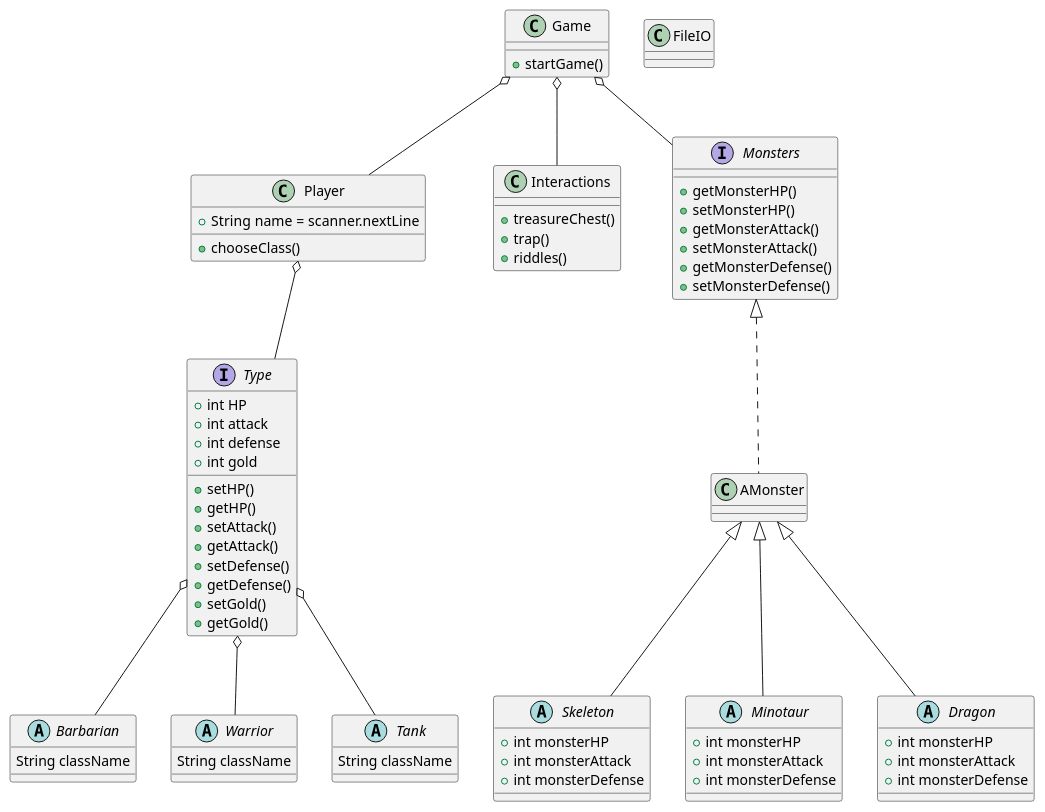
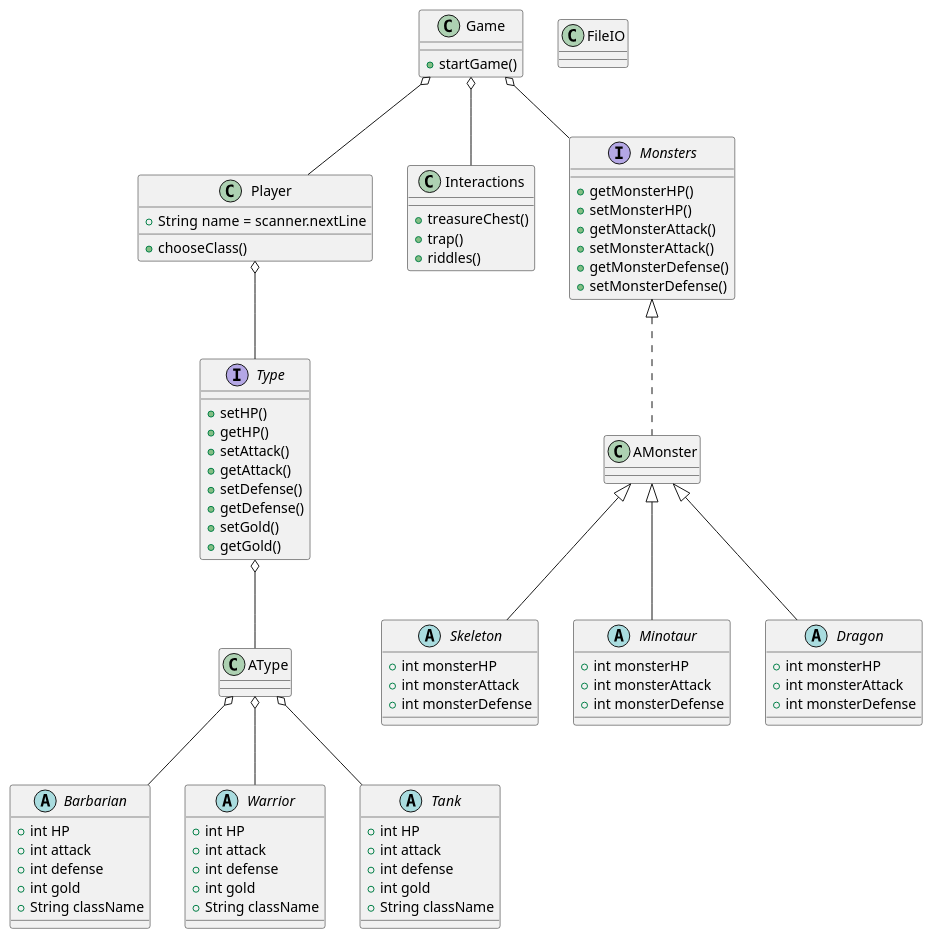
One commit to Berry1196/DungeonCrawler changed the diagram in src/diagrams/ClassDiagram.puml. Above: the diagram before and after it, drawn with PlantUML. The commit also changed 5 other files, not shown here.

```diff
--- a/src/diagrams/ClassDiagram.puml
+++ b/src/diagrams/ClassDiagram.puml
@@ -1,92 +1,106 @@
 @startuml
 
 Class Game {
 +startGame()
 }
 
 Game o-- Player
 Class Player {
 + String name = scanner.nextLine
 + chooseClass()
 }
 
 Class FileIO {
 }
 Player o-- Type
 Interface Type {
-+ int HP
-+ int attack
-+ int defense
-+ int gold
 +setHP()
 +getHP()
 +setAttack()
 +getAttack()
 +setDefense()
 +getDefense()
 +setGold()
 +getGold()
 }
-Type o-- Barbarian
- abstract Class Barbarian {
-String className
+
+Type o-- AType
+Class AType {
 
 }
 
-Type o-- Warrior
- abstract Class Warrior {
-String className
+AType o-- Barbarian
+ abstract Class Barbarian {
++ int HP
++ int attack
++ int defense
++ int gold
++ String className
+
 }
 
-Type o-- Tank
+AType o-- Warrior
+ abstract Class Warrior {
++ int HP
++ int attack
++ int defense
++ int gold
++ String className
+}
+
+AType o-- Tank
  abstract Class Tank {
-String className
++ int HP
++ int attack
++ int defense
++ int gold
++ String className
 }
 
 Game o-- Interactions
 Class Interactions {
 +treasureChest()
 +trap()
 +riddles()
 }
 
 
 'Class Stages{
 'stageOne()
 'stageTwo()
 'stageThree()
 
 Game o-- Monsters
 interface Monsters {
 +getMonsterHP()
 +setMonsterHP()
 +getMonsterAttack()
 +setMonsterAttack()
 +getMonsterDefense()
 +setMonsterDefense()
 }
 Class AMonster implements Monsters{
 
 }
  AMonster <|-- Skeleton
 abstract Class Skeleton {
 +int monsterHP
 +int monsterAttack
 +int monsterDefense
 }
 AMonster <|-- Minotaur
  abstract class Minotaur {
 +int monsterHP
 +int monsterAttack
 +int monsterDefense
 }
 AMonster <|-- Dragon
  abstract Class Dragon  {
 +int monsterHP
 +int monsterAttack
 +int monsterDefense
 }
 
 
 
 @enduml
```
